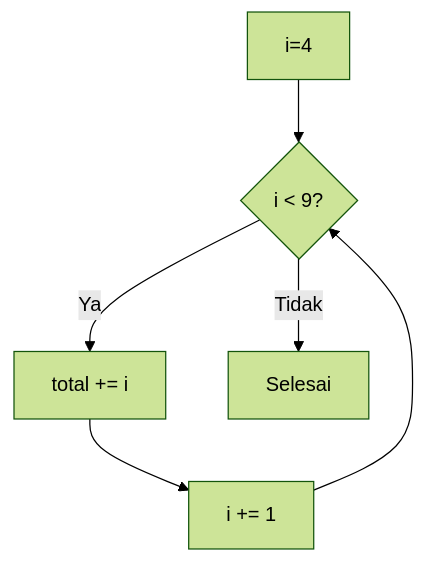
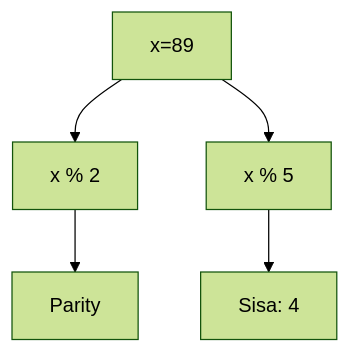
Before and after one commit to amnahwaida/OSNK_INF_PREP: diagram 19 of 25 in part-c-pemahaman-cpp/03-perulangan/latihan/set-02.md, drawn with Mermaid (forest theme). The commit also changed other lines of this file and 71 other files, not shown here.

````diff
--- a/part-c-pemahaman-cpp/03-perulangan/latihan/set-02.md
+++ b/part-c-pemahaman-cpp/03-perulangan/latihan/set-02.md
@@ -590,8 +571,7 @@
 ```mermaid
 graph TD
-    A[i=4] --> B{i < 9?}
-    B -- Ya --> C[total += i]
-    C --> D[i += 1]
-    D --> B
-    B -- Tidak --> E[Selesai]
+A[x=89] --> B[x % 2]
+B --> C[Parity]
+A --> D[x % 5]
+D --> E[Sisa: 4]
 ```
````
